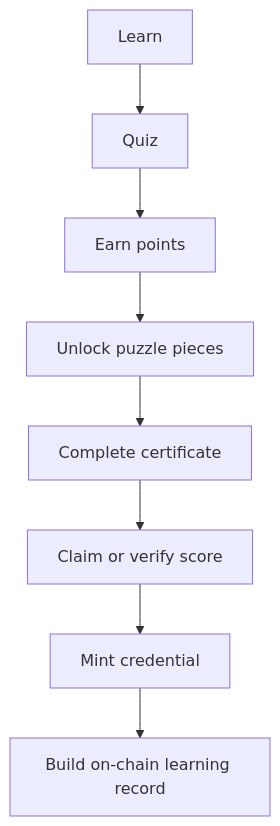
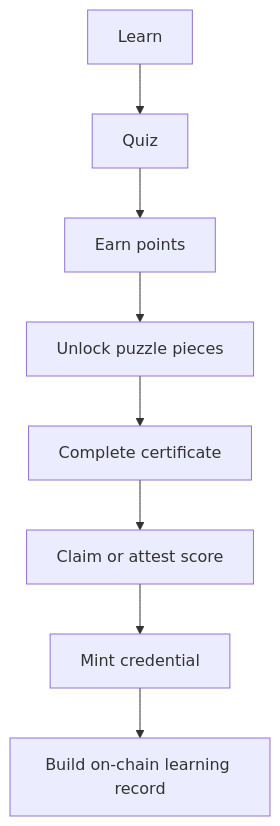
The second of 4 diagrams in docs/ROADMAP.md (Talent-Index/forj), drawn with Mermaid before and after one commit. The commit also changed other lines of this file and 21 other files, not shown here.

````diff
--- a/docs/ROADMAP.md
+++ b/docs/ROADMAP.md
@@ -200,10 +199,10 @@
 ```mermaid
 flowchart TD
   Learn[Learn] --> Quiz[Quiz]
   Quiz --> Points[Earn points]
   Points --> Puzzle[Unlock puzzle pieces]
   Puzzle --> Cert[Complete certificate]
-  Cert --> Score[Claim or verify score]
+  Cert --> Score[Claim or attest score]
   Score --> Mint[Mint credential]
   Mint --> Record[Build on-chain learning record]
 ```
````
